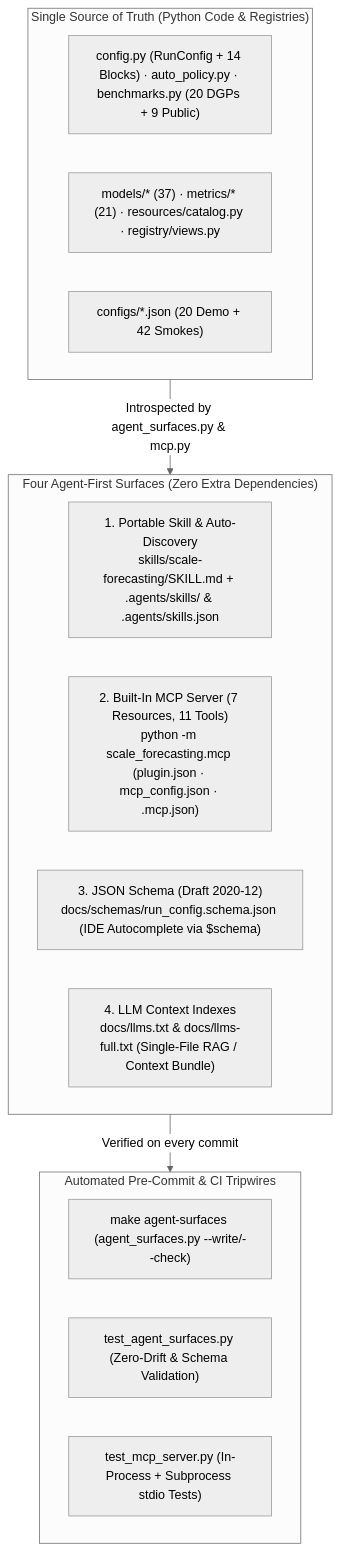
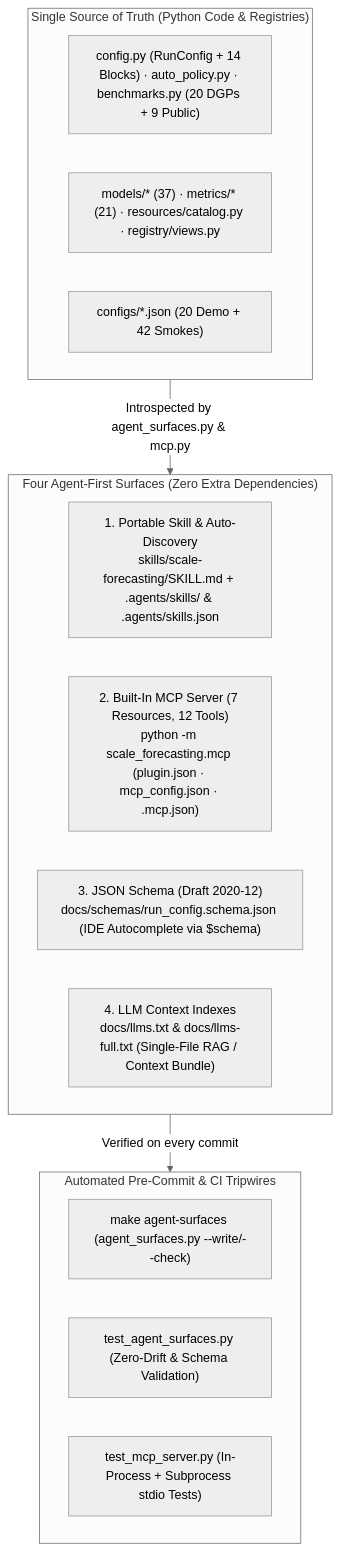
One commit to statmike/scale-forecasting changed the diagram in docs/agent_and_mcp_guide.md. Above: the diagram before and after it, drawn with Mermaid (neutral theme). The commit also changed other lines of this file and 31 other files, not shown here.

````diff
--- a/docs/agent_and_mcp_guide.md
+++ b/docs/agent_and_mcp_guide.md
@@ -5,24 +5,24 @@
 ```mermaid
 flowchart TD
     subgraph Truth["Single Source of Truth (Python Code & Registries)"]
         T1["config.py (RunConfig + 14 Blocks) · auto_policy.py · benchmarks.py (20 DGPs + 9 Public)"]
         T2["models/* (37) · metrics/* (21) · resources/catalog.py · registry/views.py"]
         T3["configs/*.json (20 Demo + 42 Smokes)"]
     end
 
     subgraph Surfaces["Four Agent-First Surfaces (Zero Extra Dependencies)"]
         S1["1. Portable Skill & Auto-Discovery<br/>skills/scale-forecasting/SKILL.md + .agents/skills/ & .agents/skills.json"]
-        S2["2. Built-In MCP Server (7 Resources, 11 Tools)<br/>python -m scale_forecasting.mcp (plugin.json · mcp_config.json · .mcp.json)"]
+        S2["2. Built-In MCP Server (7 Resources, 12 Tools)<br/>python -m scale_forecasting.mcp (plugin.json · mcp_config.json · .mcp.json)"]
         S3["3. JSON Schema (Draft 2020-12)<br/>docs/schemas/run_config.schema.json (IDE Autocomplete via $schema)"]
         S4["4. LLM Context Indexes<br/>docs/llms.txt & docs/llms-full.txt (Single-File RAG / Context Bundle)"]
     end
 
     subgraph Guard["Automated Pre-Commit & CI Tripwires"]
         G1["make agent-surfaces (agent_surfaces.py --write/--check)"]
         G2["test_agent_surfaces.py (Zero-Drift & Schema Validation)"]
         G3["test_mcp_server.py (In-Process + Subprocess stdio Tests)"]
     end
 
     Truth -->|"Introspected by agent_surfaces.py & mcp.py"| Surfaces
     Surfaces -->|"Verified on every commit"| Guard
 ```
````
